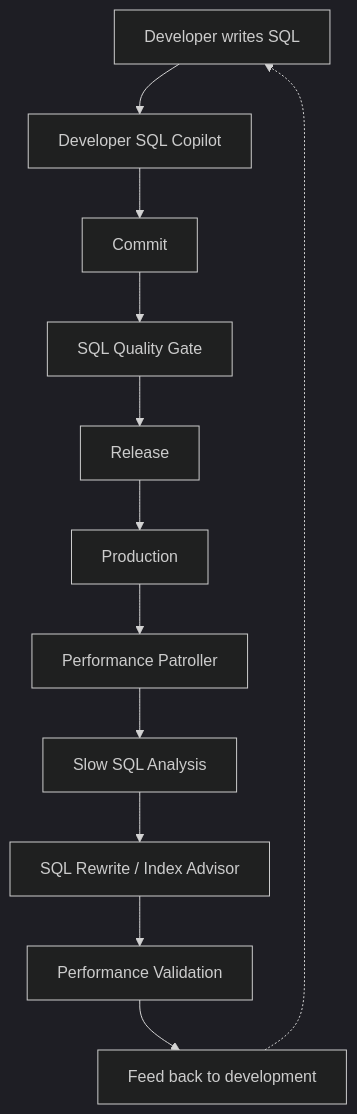
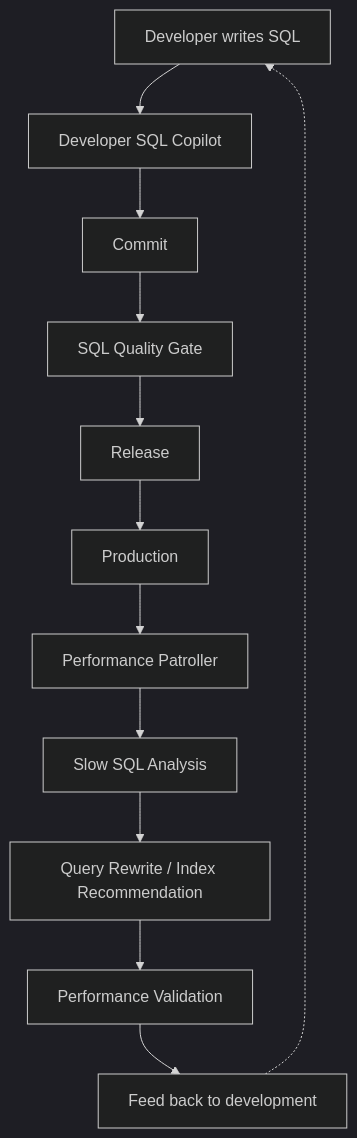
Before and after one commit to PawSQL/pawsql-docs-mantlify: diagram 11 of 11 in docs/en/use-cases/index.mdx, drawn with Mermaid (dark theme). The commit also changed other lines of this file and 143 other files, not shown here.

````diff
--- a/docs/en/use-cases/index.mdx
+++ b/docs/en/use-cases/index.mdx
@@ -213,14 +213,14 @@
 ```mermaid
 flowchart TD
     A[Developer writes SQL] --> B[Developer SQL Copilot]
     B --> C[Commit]
     C --> D[SQL Quality Gate]
     D --> E[Release]
     E --> F[Production]
     F --> G[Performance Patroller]
     G --> H[Slow SQL Analysis]
-    H --> I[SQL Rewrite / Index Advisor]
+    H --> I[Query Rewrite / Index Recommendation]
     I --> J[Performance Validation]
     J --> K[Feed back to development]
     K -.-> A
 ```
````
